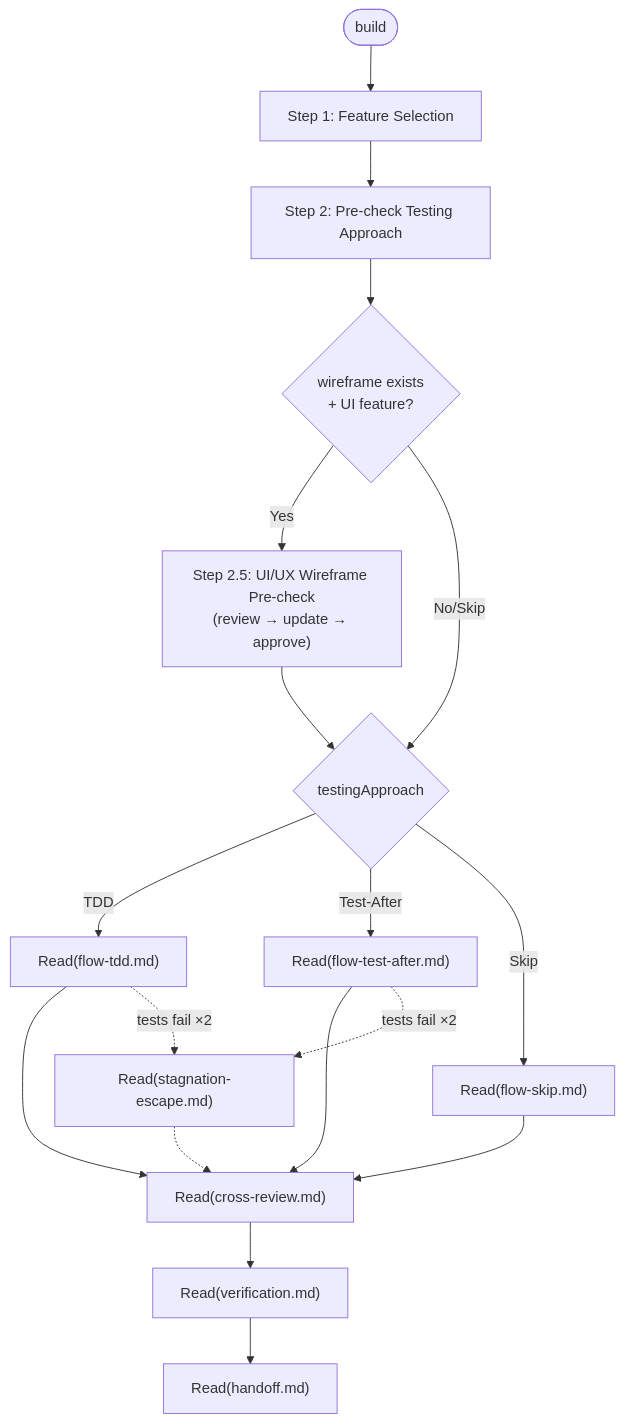
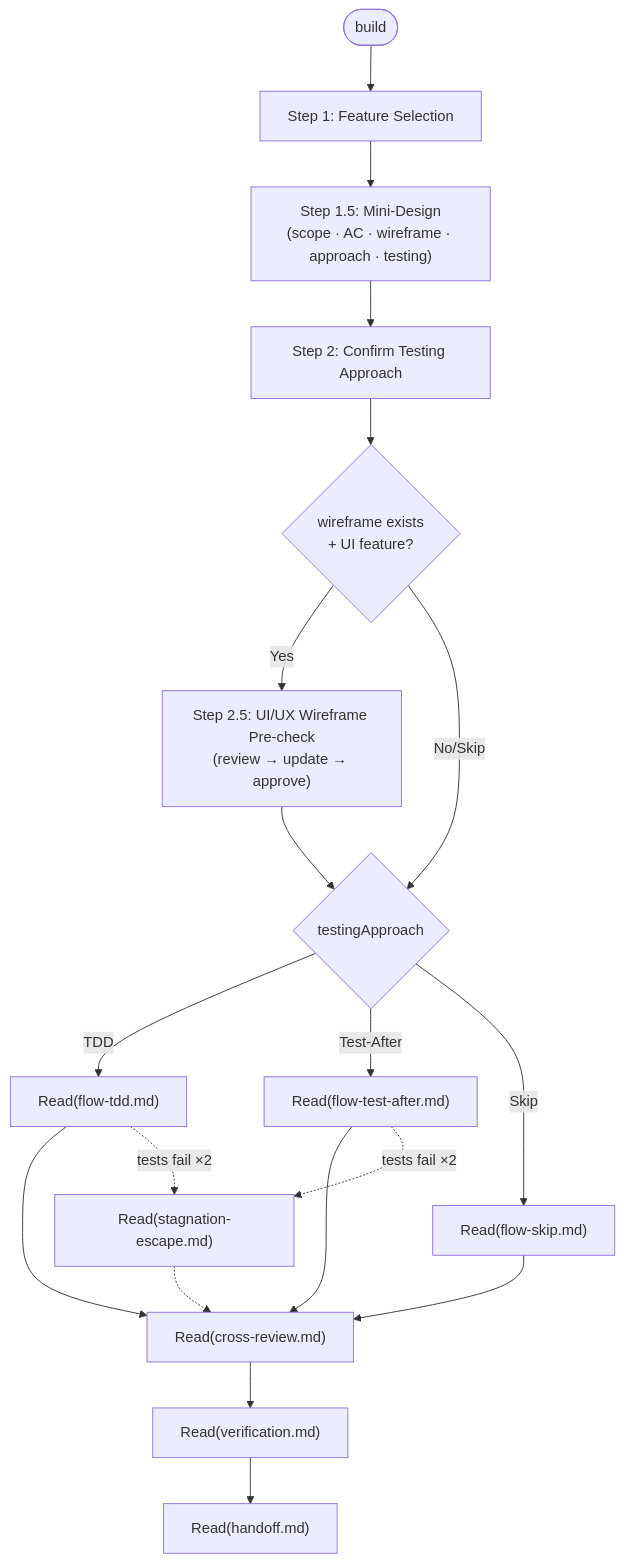
One commit to gloriaJun/grimoire changed the diagram in skills/dev/steps/build.md. Above: the diagram before and after it, drawn with Mermaid. The commit also changed other lines of this file and 24 other files, not shown here.

````diff
--- a/skills/dev/steps/build.md
+++ b/skills/dev/steps/build.md
@@ -7,20 +7,21 @@
 ```mermaid
 flowchart TD
     A(["build"]) --> B["Step 1: Feature Selection"]
-    B --> C["Step 2: Pre-check Testing Approach"]
+    B --> M["Step 1.5: Mini-Design\n(scope · AC · wireframe · approach · testing)"]
+    M --> C["Step 2: Confirm Testing Approach"]
     C --> W{"wireframe exists\n+ UI feature?"}
     W -- Yes --> WR["Step 2.5: UI/UX Wireframe Pre-check\n(review → update → approve)"]
     WR --> D
     W -- No/Skip --> D
     D{"testingApproach"}
     D -- TDD --> E["Read(flow-tdd.md)"]
     D -- Test-After --> F["Read(flow-test-after.md)"]
     D -- Skip --> G["Read(flow-skip.md)"]
     E & F & G --> H["Read(cross-review.md)"]
     H --> I["Read(verification.md)"]
     I --> J["Read(handoff.md)"]
 
     E -.->|"tests fail ×2"| K["Read(stagnation-escape.md)"]
     F -.->|"tests fail ×2"| K
     K -.-> H
 ```
````
